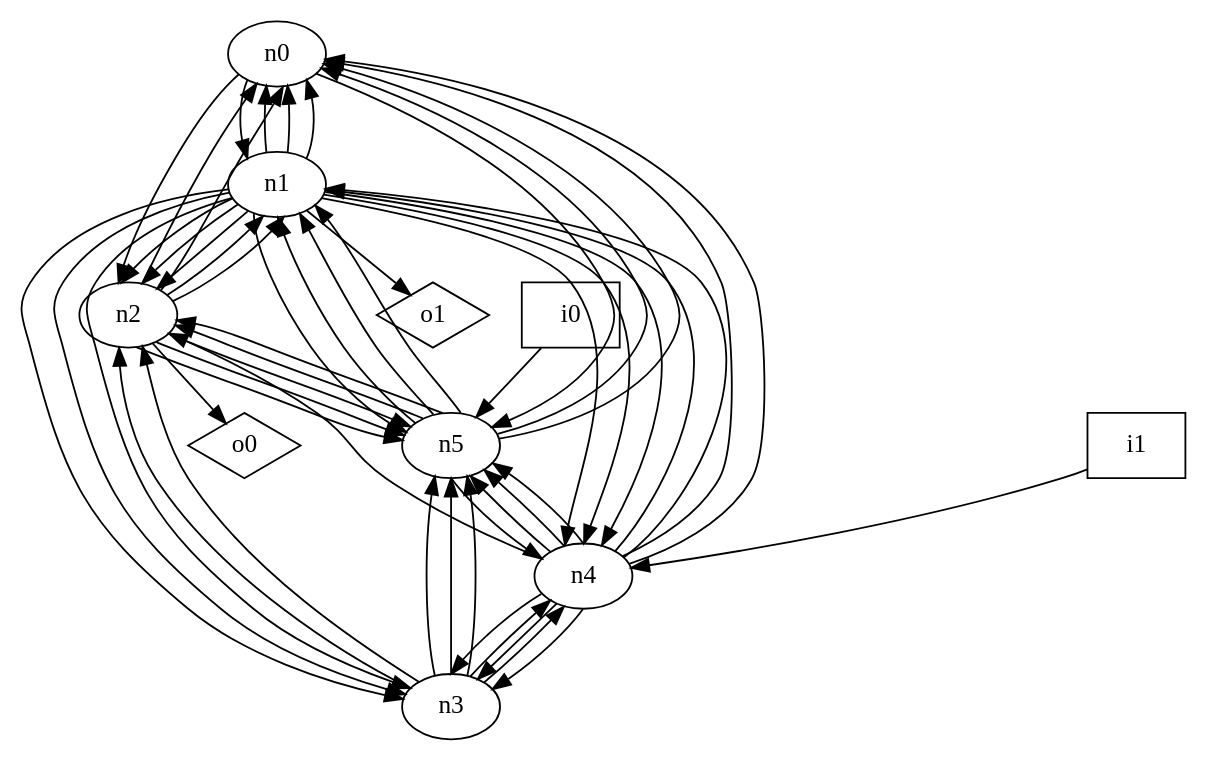
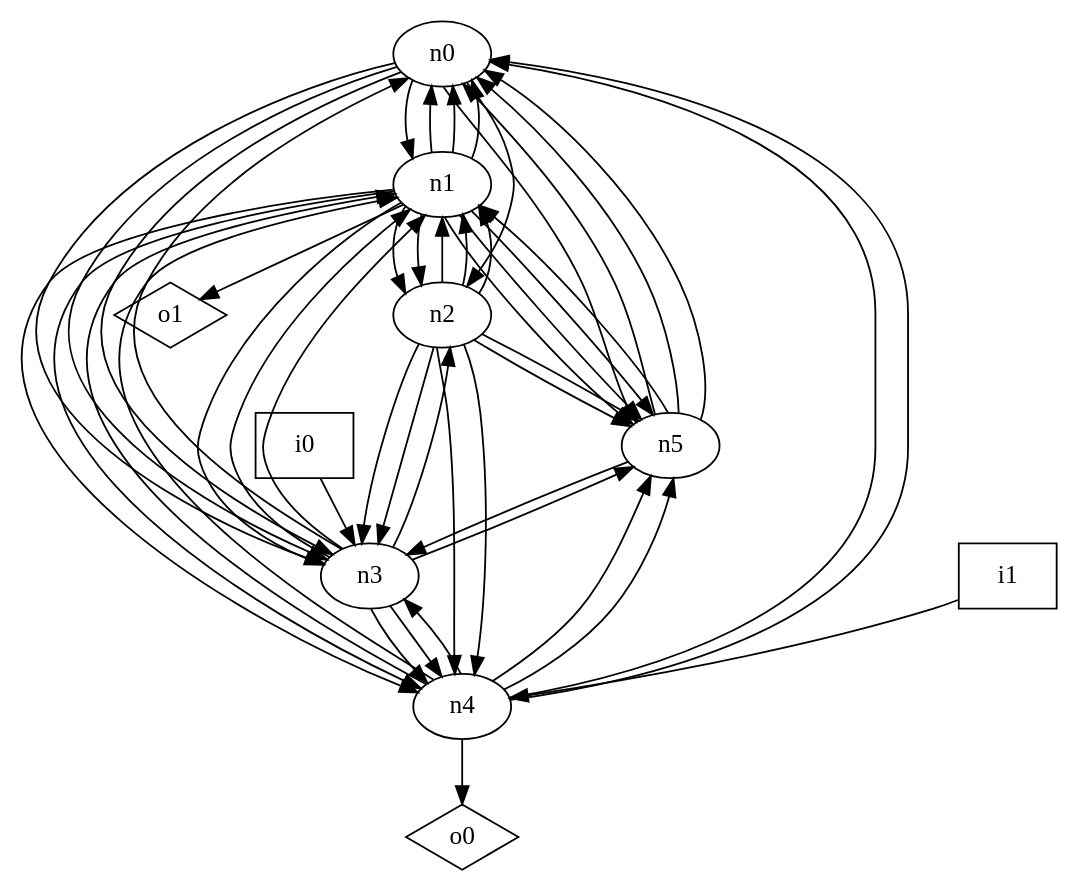
One commit to p9romain/bool-circuits changed the diagram in dot_files/random/random_loop_free_graph.dot. Above: the diagram before and after it, drawn with Graphviz. The commit also changed 33 other files, not shown here.

```diff
--- a/dot_files/random/random_loop_free_graph.dot
+++ b/dot_files/random/random_loop_free_graph.dot
@@ -1,65 +1,61 @@
 digraph G {
 n0 [label="n0"];
 n1 [label="n1"];
 n2 [label="n2"];
 n3 [label="n3"];
 n4 [label="n4"];
 n5 [label="n5"];
 n6 [label="i0",shape="box"];
 n7 [label="i1",shape="box"];
 n8 [label="o0",shape="diamond"];
 n9 [label="o1",shape="diamond"];
 n0 -> n1
 n0 -> n2
+n0 -> n3
+n0 -> n3
+n0 -> n3
 n0 -> n5
 n1 -> n0
 n1 -> n0
 n1 -> n0
 n1 -> n2
 n1 -> n2
-n1 -> n2
-n1 -> n3
-n1 -> n3
 n1 -> n3
 n1 -> n4
 n1 -> n4
-n1 -> n4
+n1 -> n5
+n1 -> n5
 n1 -> n5
 n1 -> n9
-n2 -> n0
-n2 -> n0
 n2 -> n1
 n2 -> n1
+n2 -> n1
+n2 -> n3
+n2 -> n3
+n2 -> n4
+n2 -> n4
 n2 -> n5
 n2 -> n5
-n2 -> n5
-n2 -> n8
-n3 -> n2
+n3 -> n0
+n3 -> n1
+n3 -> n1
 n3 -> n2
 n3 -> n4
 n3 -> n4
-n3 -> n5
-n3 -> n5
 n3 -> n5
 n4 -> n0
 n4 -> n0
 n4 -> n1
 n4 -> n1
-n4 -> n2
-n4 -> n3
-n4 -> n3
 n4 -> n3
 n4 -> n5
 n4 -> n5
-n4 -> n5
+n4 -> n8
+n5 -> n0
 n5 -> n0
 n5 -> n0
 n5 -> n1
-n5 -> n1
-n5 -> n1
-n5 -> n2
-n5 -> n2
-n5 -> n4
-n6 -> n5
+n5 -> n3
+n6 -> n3
 n7 -> n4
 }
```
